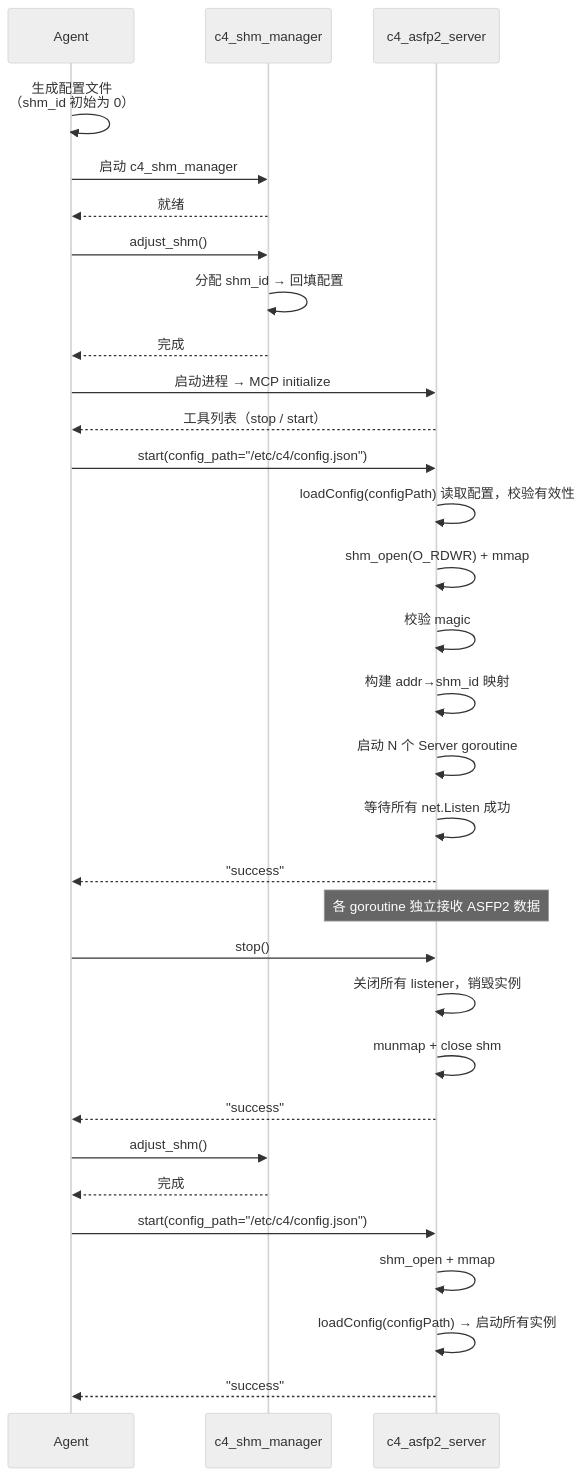
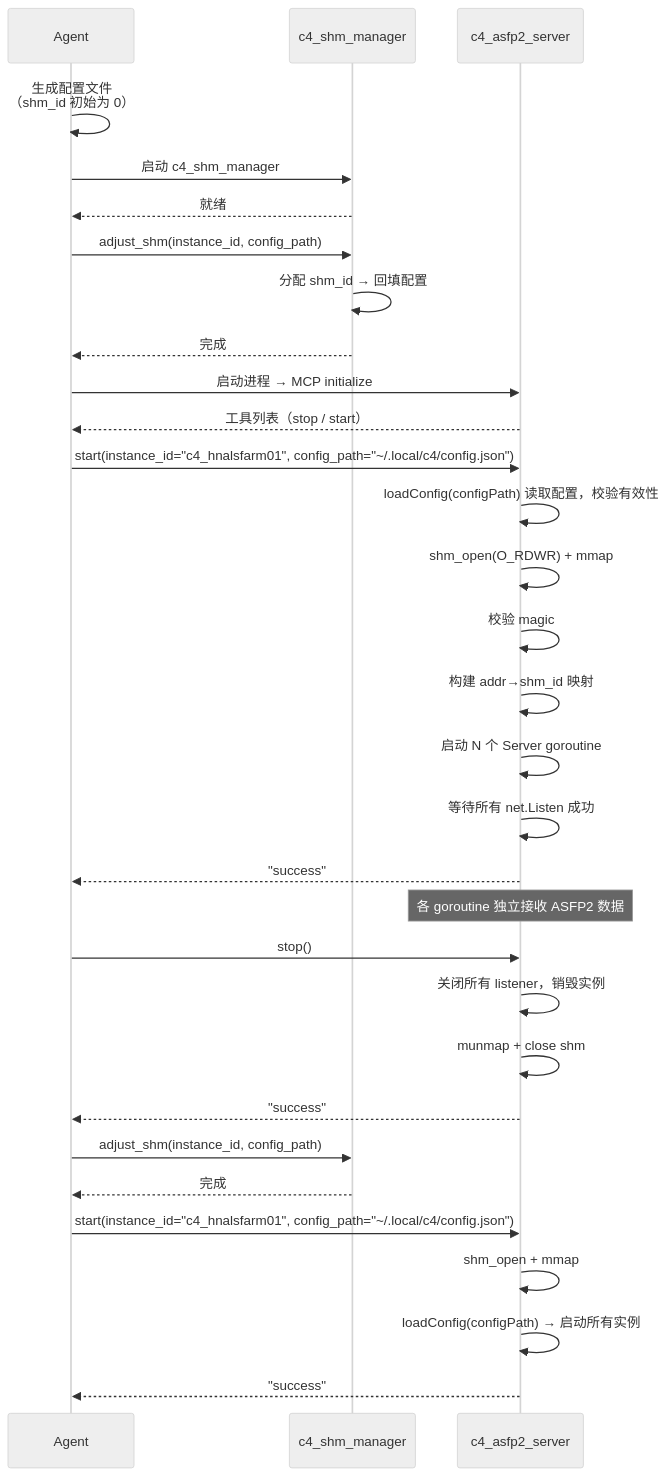
Before and after one commit to activesys/c4: the second of 3 diagrams in docs/design/c4_asfp2_server.md, drawn with Mermaid (neutral theme). The commit also changed other lines of this file and 5 other files, not shown here.

First line of the commit message:
docs(instance-id): instance_id 即共享内存名并传入三工具 + 配置迁移 ~/.local/c4/

````diff
--- a/docs/design/c4_asfp2_server.md
+++ b/docs/design/c4_asfp2_server.md
@@ -203,38 +203,38 @@
 ```mermaid
 sequenceDiagram
     participant A as Agent
     participant SM as c4_shm_manager
     participant S as c4_asfp2_server
 
     A->>A: 生成配置文件<br/>（shm_id 初始为 0）
     A->>SM: 启动 c4_shm_manager
     SM-->>A: 就绪
-    A->>SM: adjust_shm()
+    A->>SM: adjust_shm(instance_id, config_path)
     SM->>SM: 分配 shm_id → 回填配置
     SM-->>A: 完成
 
     A->>S: 启动进程 → MCP initialize
     S-->>A: 工具列表（stop / start）
 
-    A->>S: start(config_path="/etc/c4/config.json")
+    A->>S: start(instance_id="c4_hnalsfarm01", config_path="~/.local/c4/config.json")
     S->>S: loadConfig(configPath) 读取配置，校验有效性
     S->>S: shm_open(O_RDWR) + mmap
     S->>S: 校验 magic
     S->>S: 构建 addr→shm_id 映射
     S->>S: 启动 N 个 Server goroutine
     S->>S: 等待所有 net.Listen 成功
     S-->>A: "success"
 
     Note over S: 各 goroutine 独立接收 ASFP2 数据
 
     A->>S: stop()
     S->>S: 关闭所有 listener，销毁实例
     S->>S: munmap + close shm
     S-->>A: "success"
-    A->>SM: adjust_shm()
+    A->>SM: adjust_shm(instance_id, config_path)
     SM-->>A: 完成
-    A->>S: start(config_path="/etc/c4/config.json")
+    A->>S: start(instance_id="c4_hnalsfarm01", config_path="~/.local/c4/config.json")
     S->>S: shm_open + mmap
     S->>S: loadConfig(configPath) → 启动所有实例
     S-->>A: "success"
 ```
````
